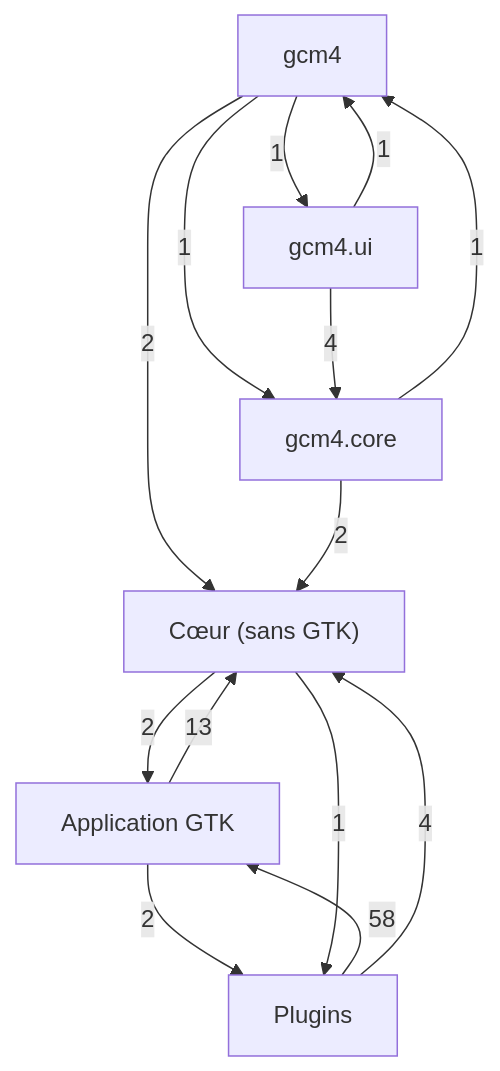
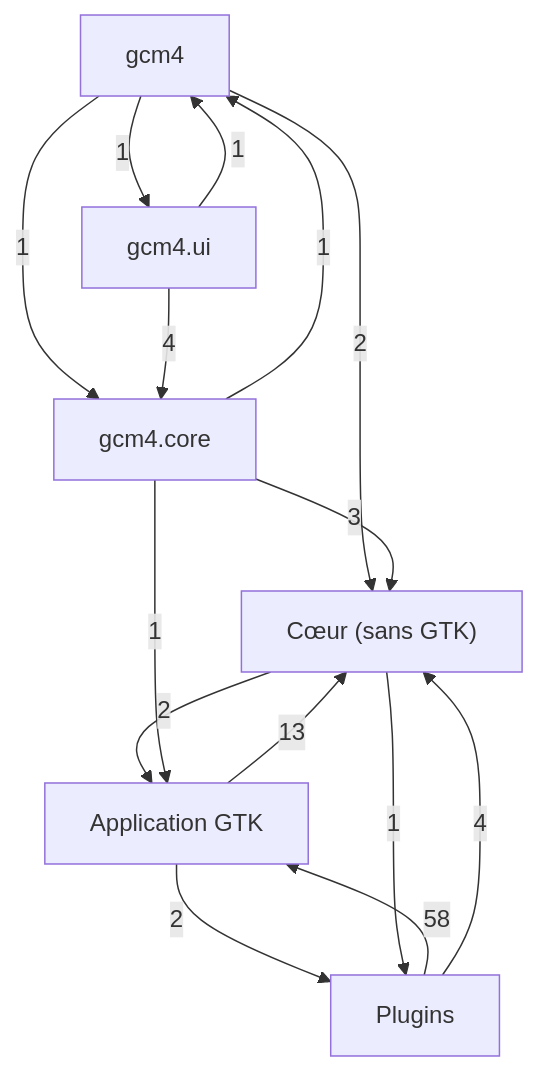
Before and after one commit to Mathide-Team/Gcm4: the first of 7 diagrams in docs/class-diagram.md, drawn with Mermaid. The commit also changed other lines of this file and 39 other files, not shown here.

````diff
--- a/docs/class-diagram.md
+++ b/docs/class-diagram.md
@@ -21,22 +21,23 @@
 ```mermaid
 flowchart TD
     g0["Cœur (sans GTK)"]
     g1["Application GTK"]
     g2["Plugins"]
     g3["gcm4"]
     g4["gcm4.core"]
     g5["gcm4.ui"]
     g1 -->|13| g0
     g1 -->|2| g2
     g0 -->|2| g1
     g0 -->|1| g2
     g2 -->|58| g1
     g2 -->|4| g0
     g3 -->|2| g0
     g3 -->|1| g4
     g3 -->|1| g5
-    g4 -->|2| g0
+    g4 -->|1| g1
+    g4 -->|3| g0
     g4 -->|1| g3
     g5 -->|1| g3
     g5 -->|4| g4
 ```
````
